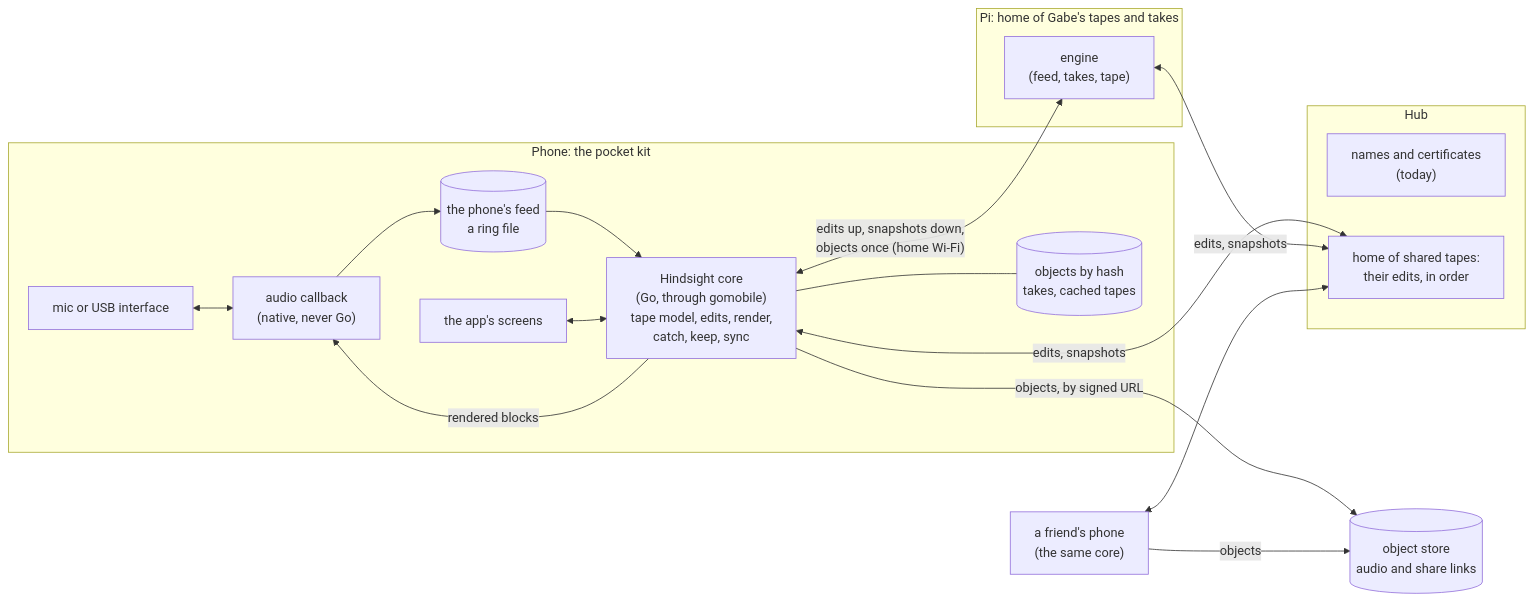
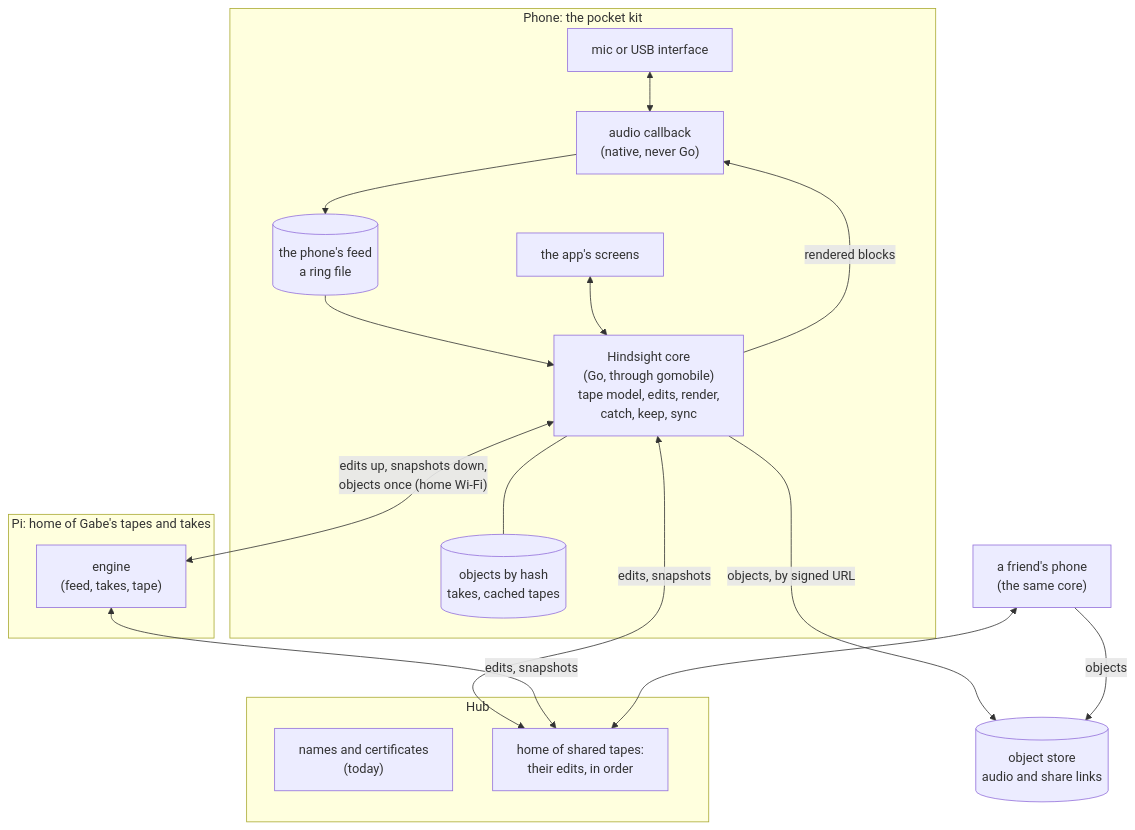
One commit to gabeduke/hindsight changed the diagram in docs/plan/the-pocket-kit.md. Above: the diagram before and after it, drawn with Mermaid. The commit also changed other lines of this file, not shown here.

````diff
--- a/docs/plan/the-pocket-kit.md
+++ b/docs/plan/the-pocket-kit.md
@@ -35,27 +35,27 @@
 ```mermaid
-flowchart LR
+flowchart TB
   subgraph phone["Phone: the pocket kit"]
     io["mic or USB interface"] <--> cb["audio callback<br/>(native, never Go)"]
     cb --> feed[("the phone's feed<br/>a ring file")]
     core["Hindsight core<br/>(Go, through gomobile)<br/>tape model, edits, render,<br/>catch, keep, sync"]
     feed --> core
     core -->|"rendered blocks"| cb
     ui["the app's screens"] <--> core
     objs[("objects by hash<br/>takes, cached tapes")]
     core --- objs
   end
   subgraph pi["Pi: home of Gabe's tapes and takes"]
     engine["engine<br/>(feed, takes, tape)"]
   end
   subgraph hub["Hub"]
     names["names and certificates<br/>(today)"]
     homes["home of shared tapes:<br/>their edits, in order"]
   end
   store[("object store<br/>audio and share links")]
   core <-->|"edits up, snapshots down,<br/>objects once (home Wi-Fi)"| engine
   core <-->|"edits, snapshots"| homes
   core -->|"objects, by signed URL"| store
   engine <-->|"edits, snapshots"| homes
   friend["a friend's phone<br/>(the same core)"] <--> homes
   friend -->|"objects"| store
 ```
````
